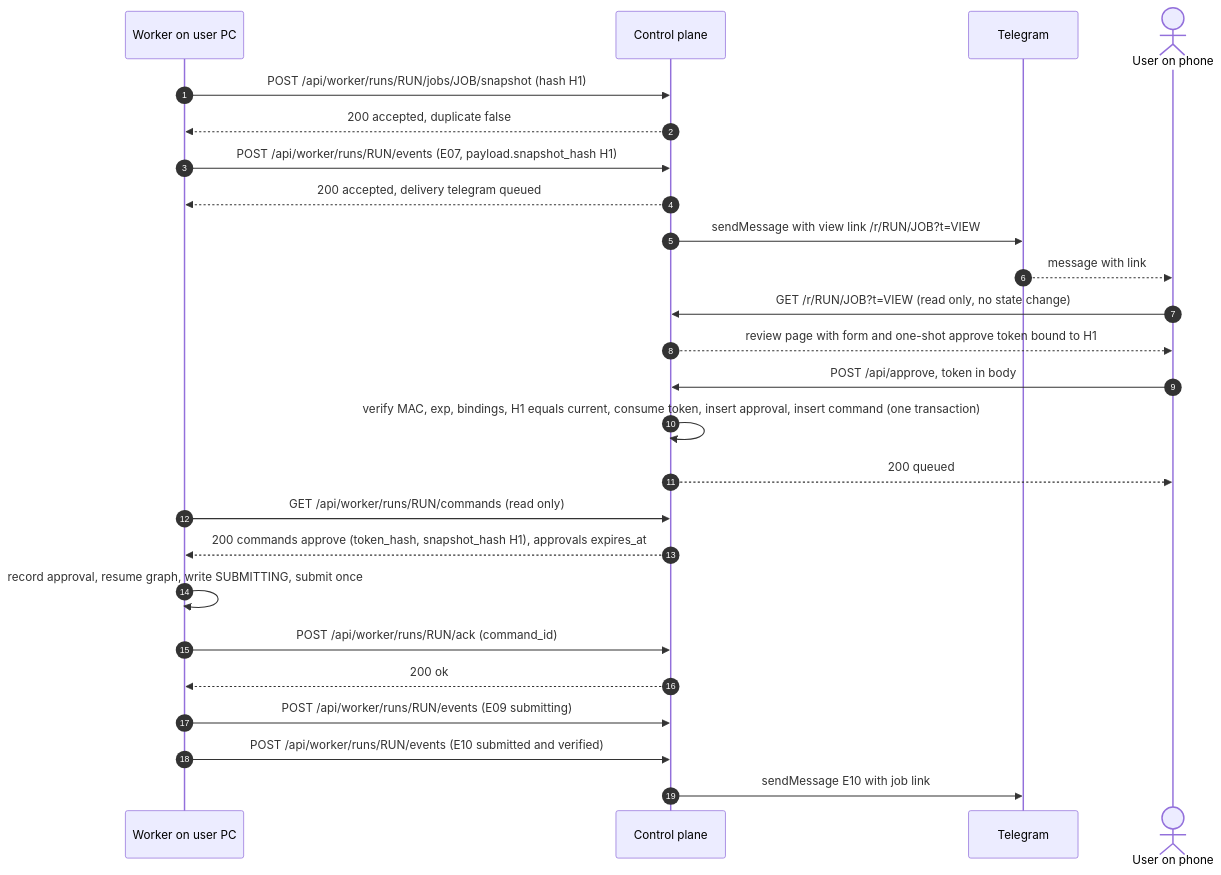
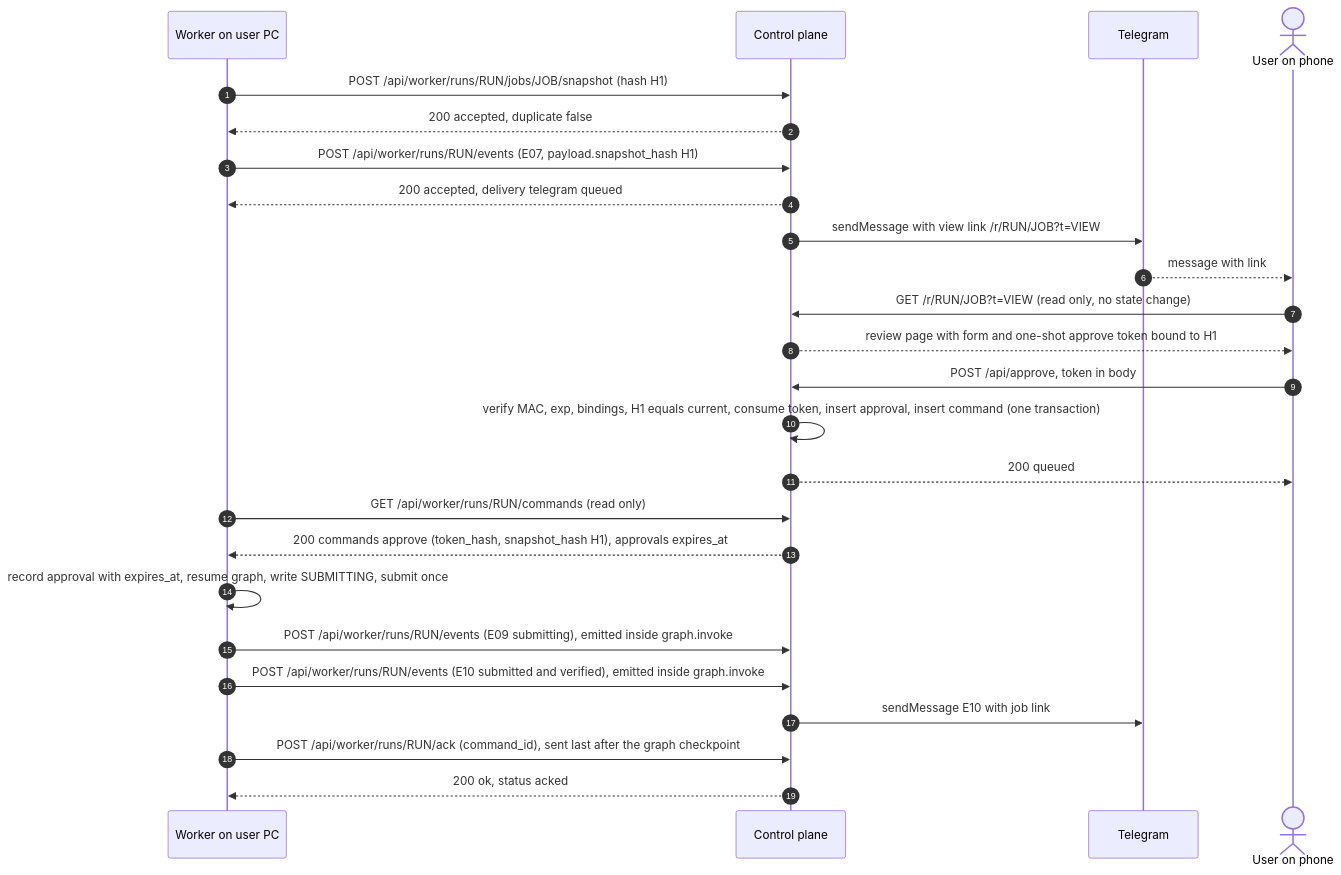
One commit to Balaastratech/hulchul-operator changed the first of 2 diagrams in docs/03-architecture/CONTROL_PLANE_API.md. Above: the diagram before and after it, drawn with Mermaid. The commit also changed other lines of this file and 2 other files, not shown here.

Commit message:
[kiro][T-021] docs: control plane API rev 2 (review fixes)

````diff
--- a/docs/03-architecture/CONTROL_PLANE_API.md
+++ b/docs/03-architecture/CONTROL_PLANE_API.md
@@ -381,27 +393,27 @@
 ```mermaid
 sequenceDiagram
     autonumber
     participant W as Worker on user PC
     participant CP as Control plane
     participant TG as Telegram
     actor U as User on phone
     W->>CP: POST /api/worker/runs/RUN/jobs/JOB/snapshot (hash H1)
     CP-->>W: 200 accepted, duplicate false
     W->>CP: POST /api/worker/runs/RUN/events (E07, payload.snapshot_hash H1)
     CP-->>W: 200 accepted, delivery telegram queued
     CP->>TG: sendMessage with view link /r/RUN/JOB?t=VIEW
     TG-->>U: message with link
     U->>CP: GET /r/RUN/JOB?t=VIEW (read only, no state change)
     CP-->>U: review page with form and one-shot approve token bound to H1
     U->>CP: POST /api/approve, token in body
     CP->>CP: verify MAC, exp, bindings, H1 equals current, consume token, insert approval, insert command (one transaction)
     CP-->>U: 200 queued
     W->>CP: GET /api/worker/runs/RUN/commands (read only)
     CP-->>W: 200 commands approve (token_hash, snapshot_hash H1), approvals expires_at
-    W->>W: record approval, resume graph, write SUBMITTING, submit once
-    W->>CP: POST /api/worker/runs/RUN/ack (command_id)
-    CP-->>W: 200 ok
-    W->>CP: POST /api/worker/runs/RUN/events (E09 submitting)
-    W->>CP: POST /api/worker/runs/RUN/events (E10 submitted and verified)
+    W->>W: record approval with expires_at, resume graph, write SUBMITTING, submit once
+    W->>CP: POST /api/worker/runs/RUN/events (E09 submitting), emitted inside graph.invoke
+    W->>CP: POST /api/worker/runs/RUN/events (E10 submitted and verified), emitted inside graph.invoke
     CP->>TG: sendMessage E10 with job link
+    W->>CP: POST /api/worker/runs/RUN/ack (command_id), sent last after the graph checkpoint
+    CP-->>W: 200 ok, status acked
 ```
````
